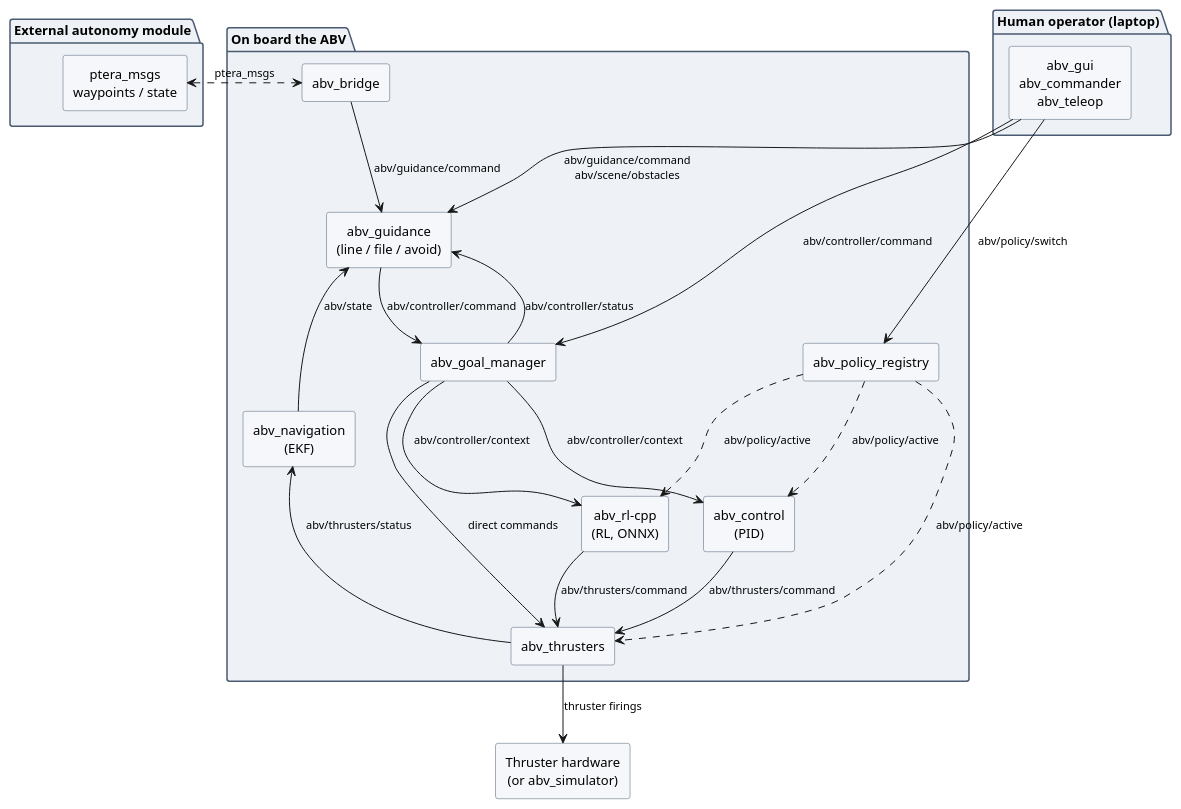
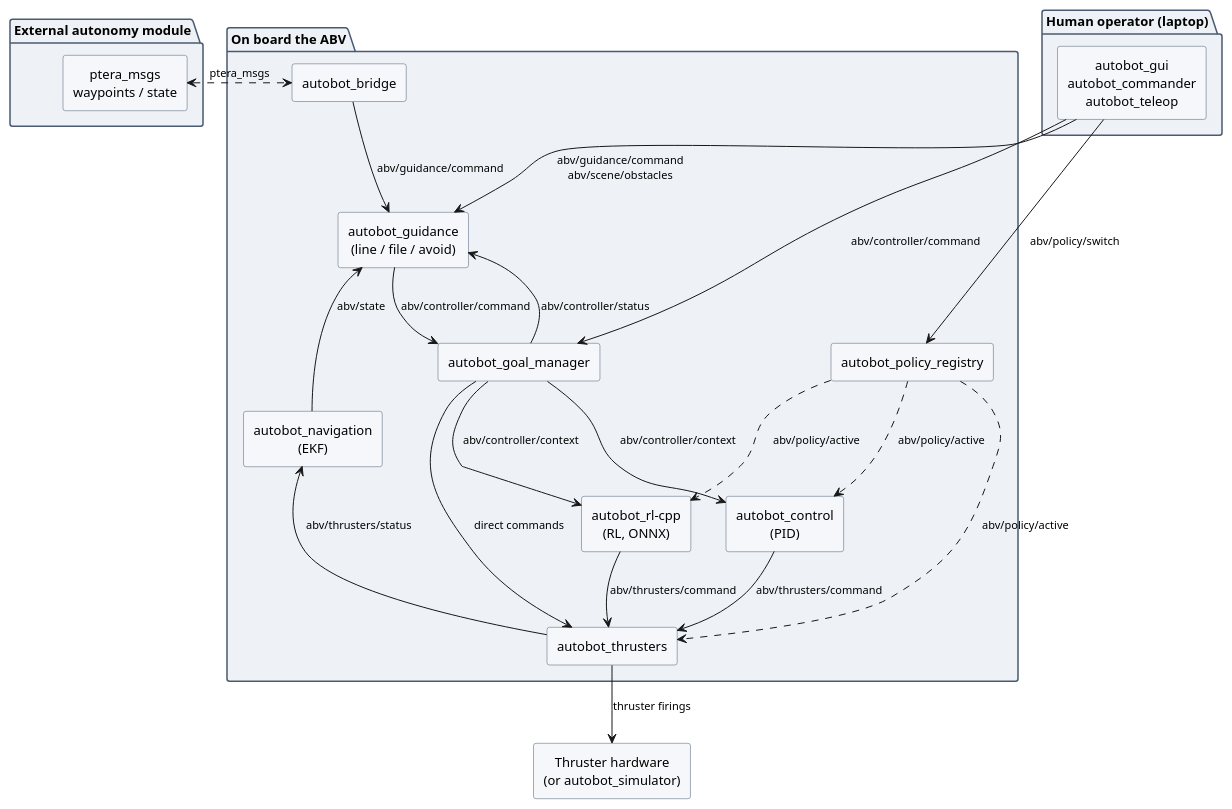
One commit to samlovelace/abv_gnc changed the diagram in docs/diagrams/architecture.puml. Above: the diagram before and after it, drawn with PlantUML. The commit also changed 484 other files, not shown here.

```diff
--- a/docs/diagrams/architecture.puml
+++ b/docs/diagrams/architecture.puml
@@ -1,63 +1,63 @@
 @startuml architecture
 skinparam backgroundColor transparent
 skinparam componentStyle rectangle
 skinparam defaultTextAlignment center
 skinparam wrapWidth 200
 skinparam component {
   BackgroundColor #f5f7fa
   BorderColor #4a5a70
   FontSize 13
 }
 skinparam package {
   BackgroundColor #eef2f7
   BorderColor #4a5a70
   FontSize 13
 }
 skinparam arrow {
   FontSize 11
 }
 
 package "Human operator (laptop)" as human_pkg {
-  component "abv_gui\nabv_commander\nabv_teleop" as human
+  component "autobot_gui\nautobot_commander\nautobot_teleop" as human
 }
 
 package "External autonomy module" as auto_pkg {
   component "ptera_msgs\nwaypoints / state" as autonomy
 }
 
 package "On board the ABV" as onboard {
-  component "abv_bridge" as bridge
-  component "abv_guidance\n(line / file / avoid)" as gdnc
-  component "abv_navigation\n(EKF)" as nav
-  component "abv_goal_manager" as gm
-  component "abv_control\n(PID)" as ctrl
-  component "abv_rl-cpp\n(RL, ONNX)" as rl
-  component "abv_policy_registry" as reg
-  component "abv_thrusters" as thr
+  component "autobot_bridge" as bridge
+  component "autobot_guidance\n(line / file / avoid)" as gdnc
+  component "autobot_navigation\n(EKF)" as nav
+  component "autobot_goal_manager" as gm
+  component "autobot_control\n(PID)" as ctrl
+  component "autobot_rl-cpp\n(RL, ONNX)" as rl
+  component "autobot_policy_registry" as reg
+  component "autobot_thrusters" as thr
 }
 
-component "Thruster hardware\n(or abv_simulator)" as hw
+component "Thruster hardware\n(or autobot_simulator)" as hw
 
 human -down-> gdnc : abv/guidance/command\nabv/scene/obstacles
 human -down-> gm : abv/controller/command
 human -down-> reg : abv/policy/switch
 
 autonomy <.right.> bridge : ptera_msgs
 bridge -down-> gdnc : abv/guidance/command
 
 gdnc -down-> gm : abv/controller/command
 gm -up-> gdnc : abv/controller/status
 gm -down-> ctrl : abv/controller/context
 gm -down-> rl : abv/controller/context
 reg .down.> ctrl : abv/policy/active
 reg .down.> rl : abv/policy/active
 reg .down.> thr : abv/policy/active
 ctrl -down-> thr : abv/thrusters/command
 rl -down-> thr : abv/thrusters/command
 gm -down-> thr : direct commands
 
 thr -down-> hw : thruster firings
 thr -up-> nav : abv/thrusters/status
 nav -up-> gdnc : abv/state
 
 @enduml
```
